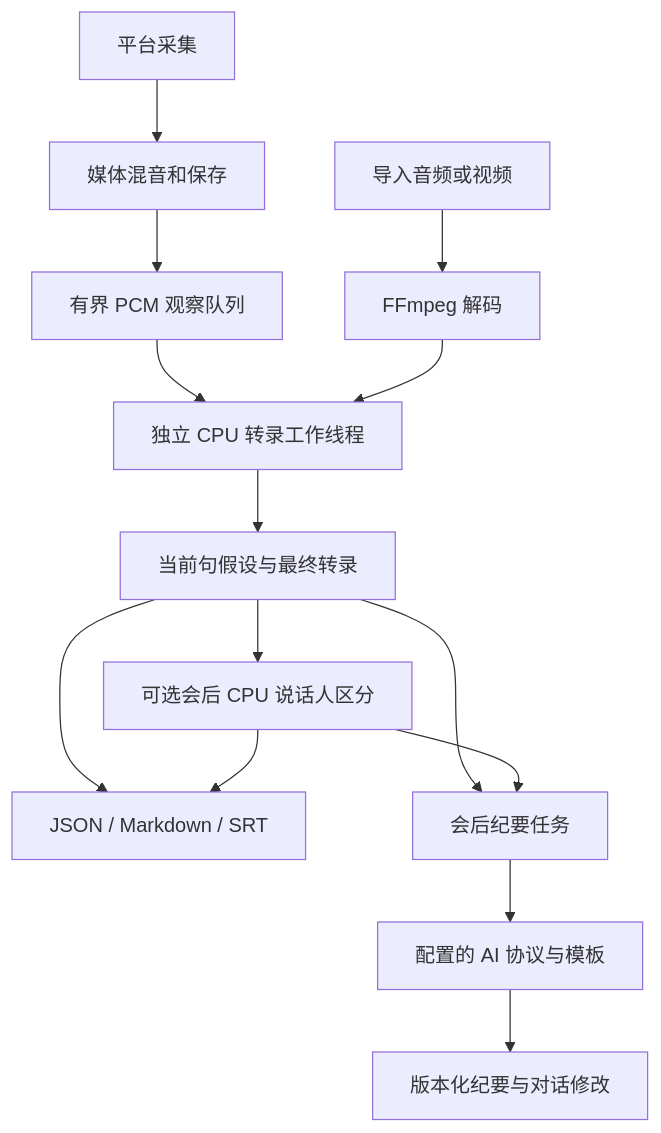
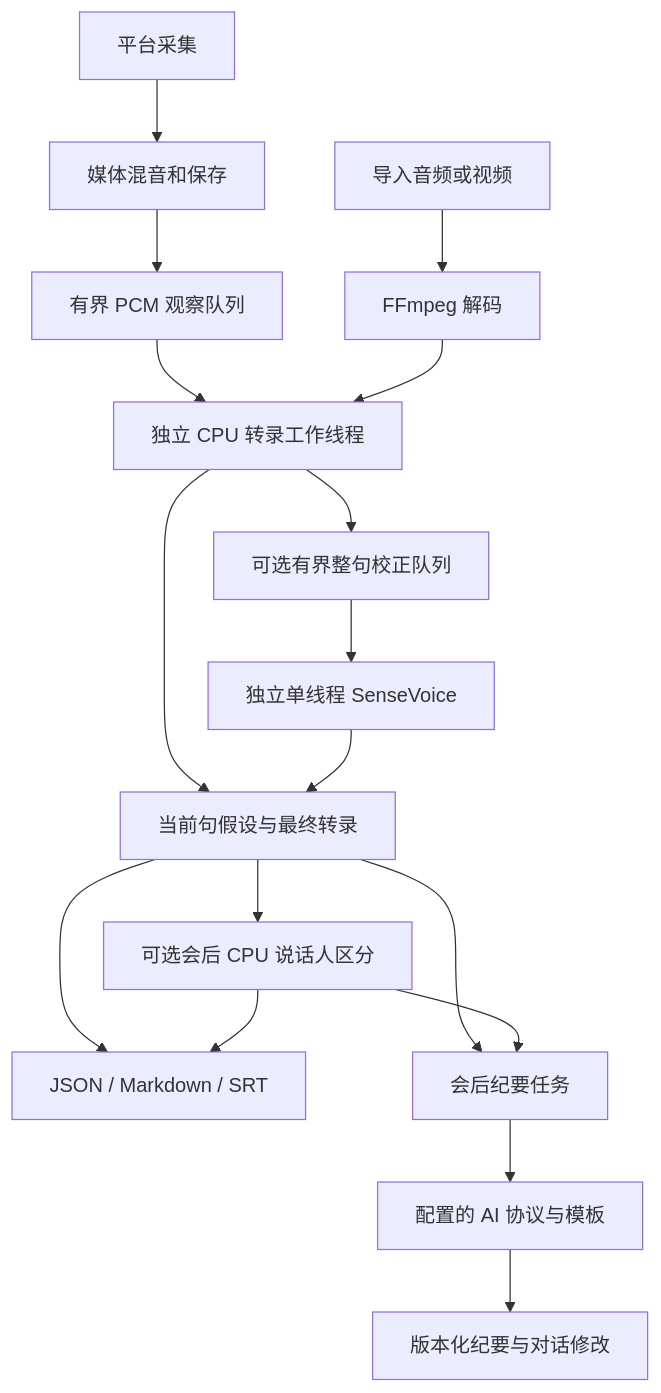
Before and after one commit to NOBB2333/meeting_summary: the diagram in docs/transcription-selection.md, drawn with Mermaid. The commit also changed other lines of this file and 19 other files, not shown here.

````diff
--- a/docs/transcription-selection.md
+++ b/docs/transcription-selection.md
@@ -33,16 +33,19 @@
 ```mermaid
 flowchart TD
     A[平台采集] --> B[媒体混音和保存]
     B --> C[有界 PCM 观察队列]
     D[导入音频或视频] --> E[FFmpeg 解码]
     C --> F[独立 CPU 转录工作线程]
     E --> F
     F --> G[当前句假设与最终转录]
+    F --> M[可选有界整句校正队列]
+    M --> N[独立单线程 SenseVoice]
+    N --> G
     G --> H[JSON / Markdown / SRT]
     G --> I[会后纪要任务]
     G --> K[可选会后 CPU 说话人区分]
     K --> H
     K --> I
     I --> J[配置的 AI 协议与模板]
     J --> L[版本化纪要与对话修改]
 ```
````
